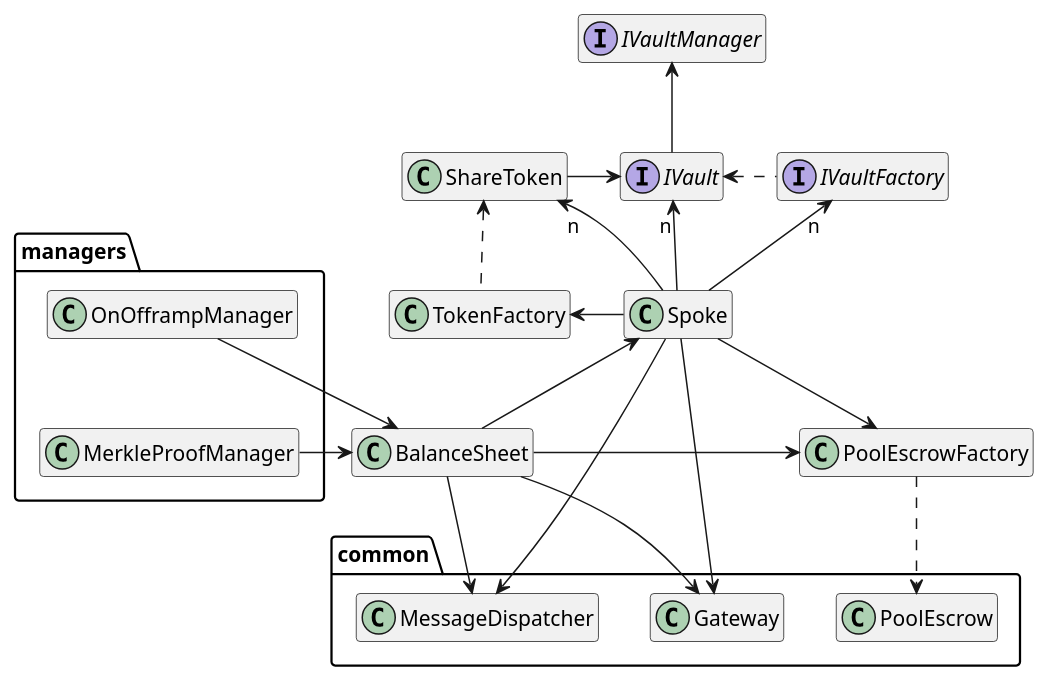
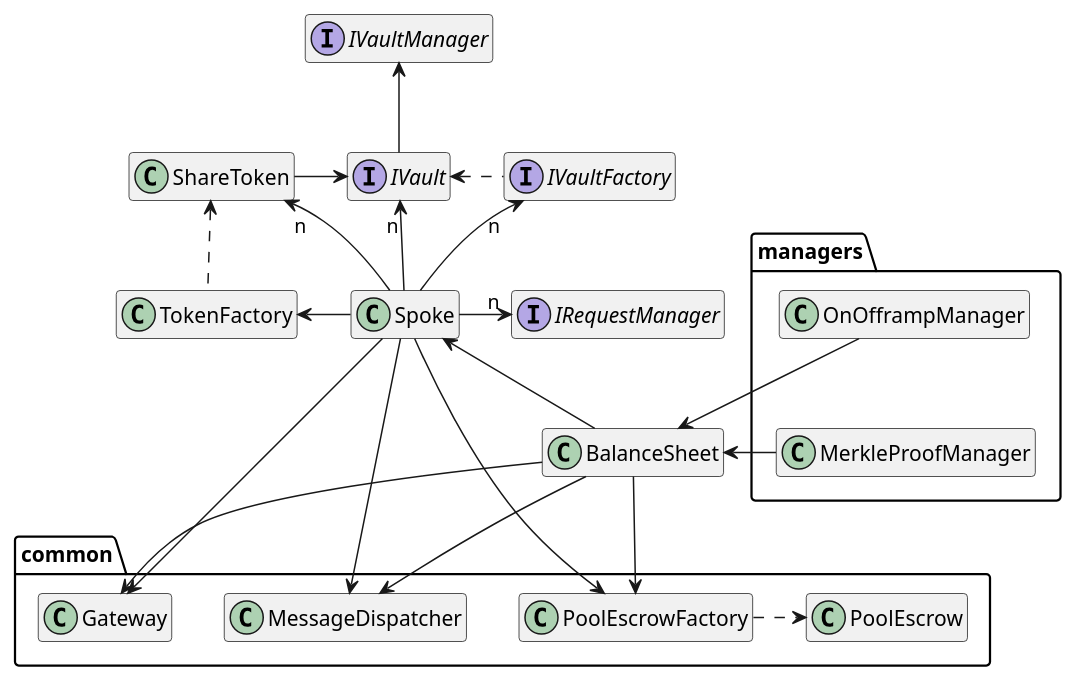
One commit to centrifuge/protocol changed the diagram in docs/architecture/spoke.puml. Above: the diagram before and after it, drawn with PlantUML. The commit also changed 1 other file, not shown here.

```diff
--- a/docs/architecture/spoke.puml
+++ b/docs/architecture/spoke.puml
@@ -1,59 +1,61 @@
 @startuml
 hide empty members
 
 package common {
     class Gateway
     class MessageDispatcher
     class PoolEscrow
+    class PoolEscrowFactory
 }
 
 package managers {
     class OnOfframpManager
     class MerkleProofManager
 }
 
 class Hidden
 
 class Spoke
 class ShareToken
 class BalanceSheet
-class PoolEscrowFactory
 class TokenFactory
 
 interface IVaultFactory
 interface IVault
 interface IVaultManager
+interface IRequestManager
 
 Spoke -left-> TokenFactory
-Spoke -down-> PoolEscrowFactory
+Spoke -down--> PoolEscrowFactory
 Spoke -up->"n" IVaultFactory
 Spoke -up->"n" ShareToken
 Spoke -up->"n" IVault
 Spoke ---> Gateway
 Spoke ---> MessageDispatcher
+Spoke -right->"n" IRequestManager
 
 BalanceSheet -right-> PoolEscrowFactory
 BalanceSheet -left--> Spoke
 BalanceSheet --> MessageDispatcher
 BalanceSheet --> Gateway
 
 PoolEscrowFactory .right.> PoolEscrow
 
 ShareToken -right-> IVault
 IVault -up-> IVaultManager
 
 OnOfframpManager -down-> BalanceSheet
 MerkleProofManager -up-> BalanceSheet
 
 TokenFactory .up.> ShareToken
 IVaultFactory .left.> IVault
 
 ' Hidden stuff to make things more visual
 
 hide Hidden
 
 OnOfframpManager -down[hidden]-> MerkleProofManager
 MerkleProofManager -down-> Hidden
 Hidden -up-> BalanceSheet
 
 @enduml
```
